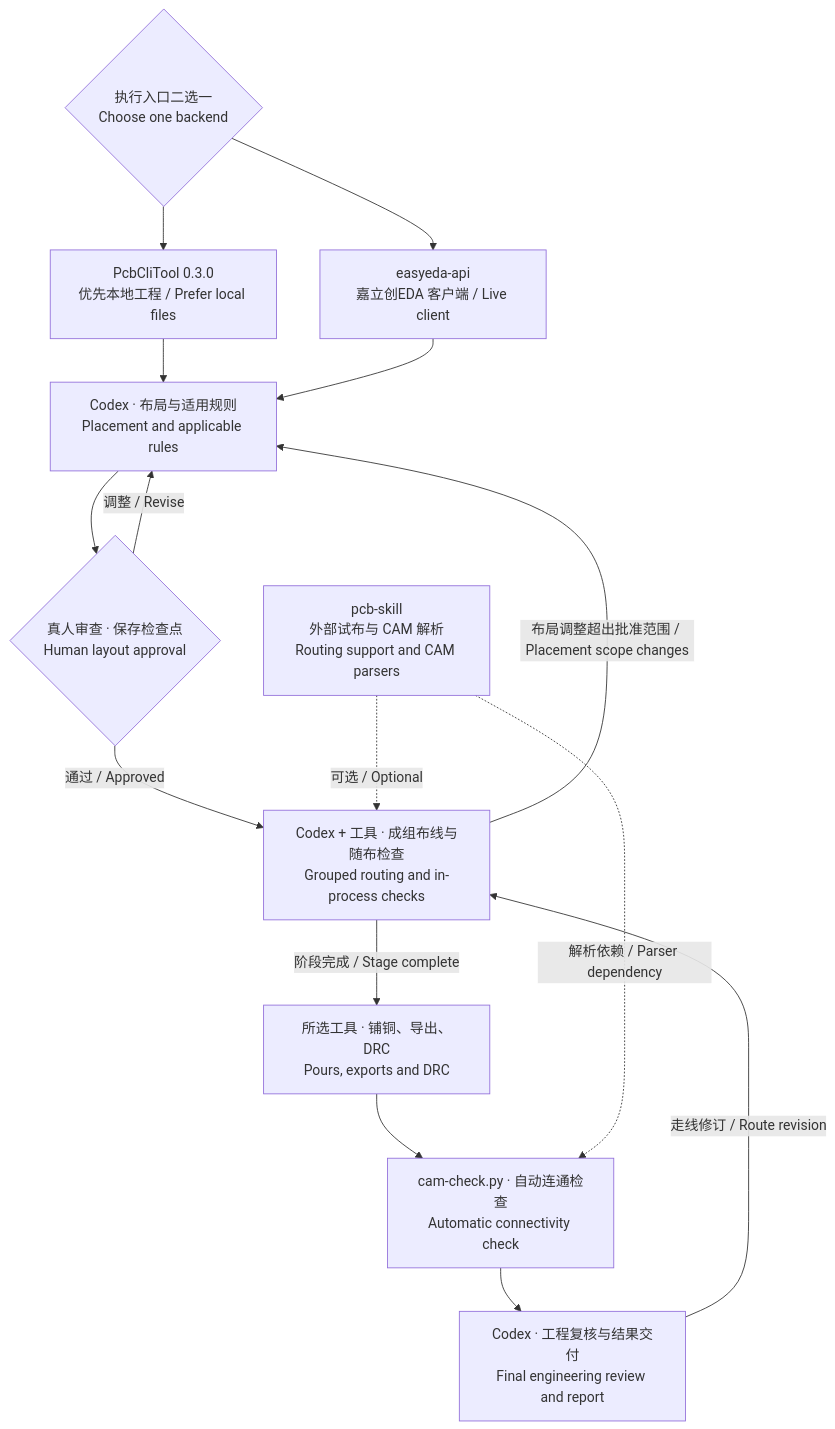
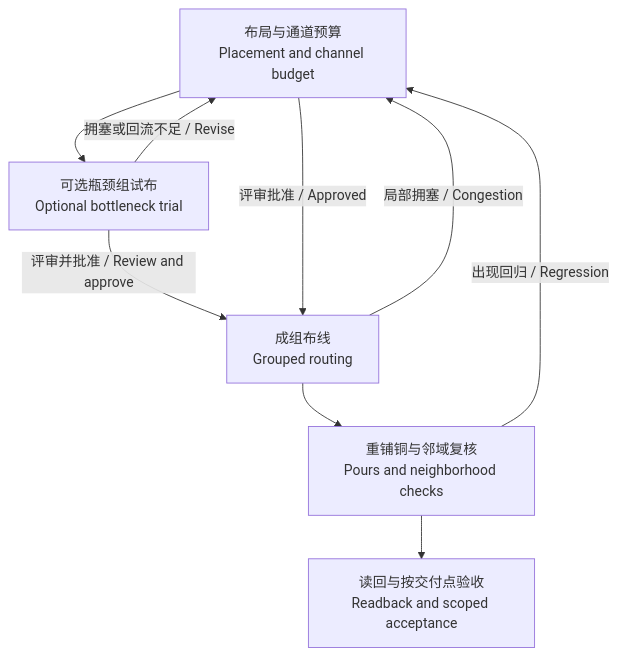
The diagram in README.md (sanityARO/pcb-pr-skill), drawn with Mermaid before and after one commit. The commit also changed other lines of this file and 3 other files, not shown here.

Commit message:
Improve placement trial routing and neighborhood verification

````diff
--- a/README.md
+++ b/README.md
@@ -51,19 +53,11 @@
 ```mermaid
 flowchart TD
-    T{"执行入口二选一<br/>Choose one backend"}
-    T --> P["PcbCliTool 0.3.0<br/>优先本地工程 / Prefer local files"]
-    T --> Q["easyeda-api<br/>嘉立创EDA 客户端 / Live client"]
-    P --> A["Codex · 布局与适用规则<br/>Placement and applicable rules"]
-    Q --> A
-    A --> H{"真人审查 · 保存检查点<br/>Human layout approval"}
-    H -- "调整 / Revise" --> A
-    H -- "通过 / Approved" --> R["Codex + 工具 · 成组布线与随布检查<br/>Grouped routing and in-process checks"]
-    R -- "布局调整超出批准范围 / Placement scope changes" --> A
-    U["pcb-skill<br/>外部试布与 CAM 解析<br/>Routing support and CAM parsers"]
-    U -. "可选 / Optional" .-> R
-    R -- "阶段完成 / Stage complete" --> E["所选工具 · 铺铜、导出、DRC<br/>Pours, exports and DRC"]
-    E --> C["cam-check.py · 自动连通检查<br/>Automatic connectivity check"]
-    U -. "解析依赖 / Parser dependency" .-> C
-    C --> V["Codex · 工程复核与结果交付<br/>Final engineering review and report"]
-    V -- "走线修订 / Route revision" --> R
+    A["布局与通道预算<br/>Placement and channel budget"] --> B["可选瓶颈组试布<br/>Optional bottleneck trial"]
+    B -- "拥塞或回流不足 / Revise" --> A
+    B -- "评审并批准 / Review and approve" --> C["成组布线<br/>Grouped routing"]
+    A -- "评审批准 / Approved" --> C
+    C -- "局部拥塞 / Congestion" --> A
+    C --> D["重铺铜与邻域复核<br/>Pours and neighborhood checks"]
+    D -- "出现回归 / Regression" --> A
+    D --> E["读回与按交付点验收<br/>Readback and scoped acceptance"]
 ```
````
